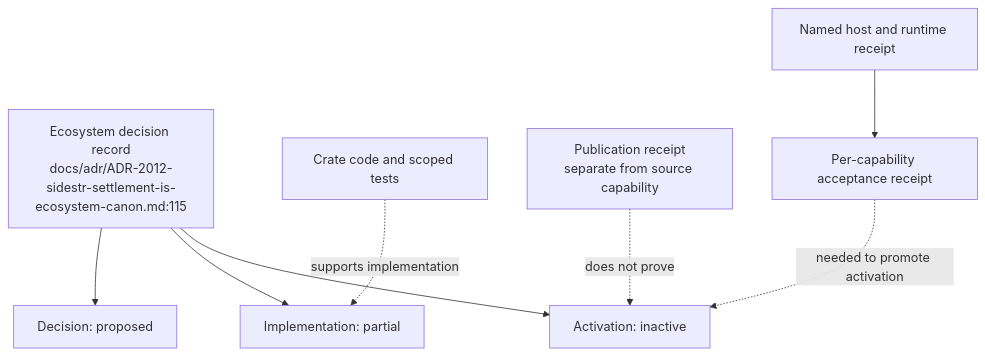
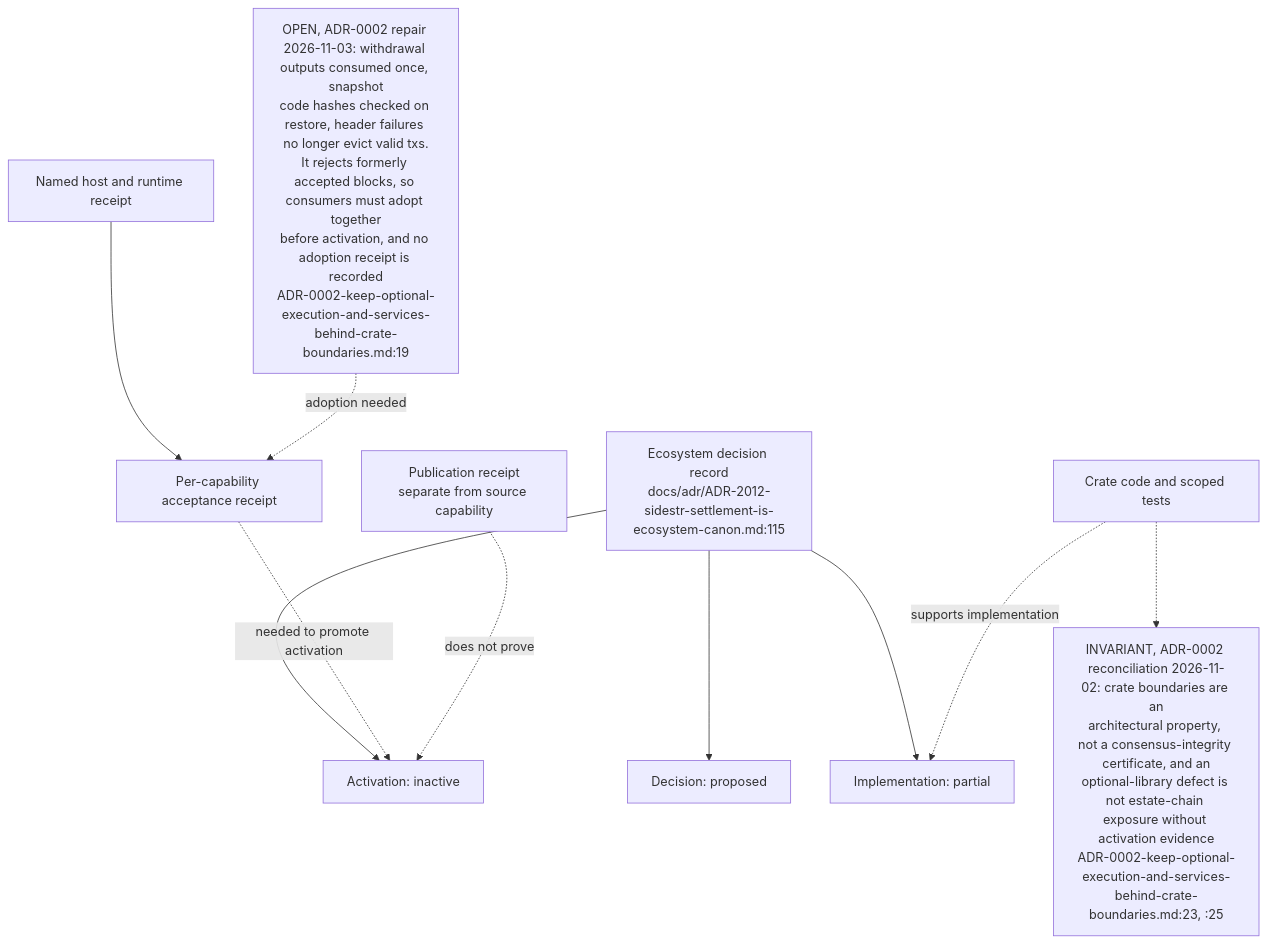
The third of 4 diagrams in docs/diagrams/sidestr-rs/01-workspace-oracles-and-live-boundary.md (DreamLab-AI/VisionFlow), drawn with Mermaid before and after one commit. The commit also changed other lines of this file, not shown here.

First line of the commit message:
docs(diagrams): SR-01 — ADR-0002 reconciliation and repair; re-stamp sidestr-rs 7f04644, agentbox 5cffdd1

````diff
--- a/docs/diagrams/sidestr-rs/01-workspace-oracles-and-live-boundary.md
+++ b/docs/diagrams/sidestr-rs/01-workspace-oracles-and-live-boundary.md
@@ -106,13 +106,17 @@
 ```mermaid
 flowchart TB
     STATUS["Ecosystem decision record<br/>docs/adr/ADR-2012-sidestr-settlement-is-ecosystem-canon.md:115"]
     STATUS --> DEC["Decision: proposed"]
     STATUS --> IMP["Implementation: partial"]
     STATUS --> ACT["Activation: inactive"]
     SOURCE["Crate code and scoped tests"] -. "supports implementation" .-> IMP
     PUB["Publication receipt<br/>separate from source capability"]
     DEPLOY["Named host and runtime receipt"]
     LIFE["Per-capability acceptance receipt"] -. "needed to promote activation" .-> ACT
     PUB -. "does not prove" .-> ACT
     DEPLOY --> LIFE
+    BOUND["INVARIANT, ADR-0002 reconciliation 2026-11-02: crate boundaries are an<br/>architectural property, not a consensus-integrity certificate, and an<br/>optional-library defect is not estate-chain exposure without activation evidence<br/>ADR-0002-keep-optional-execution-and-services-behind-crate-boundaries.md:23, :25"]
+    REP["OPEN, ADR-0002 repair 2026-11-03: withdrawal outputs consumed once, snapshot<br/>code hashes checked on restore, header failures no longer evict valid txs.<br/>It rejects formerly accepted blocks, so consumers must adopt together<br/>before activation, and no adoption receipt is recorded<br/>ADR-0002-keep-optional-execution-and-services-behind-crate-boundaries.md:19"]
+    SOURCE -.-> BOUND
+    REP -. "adoption needed" .-> LIFE
 ```
````
